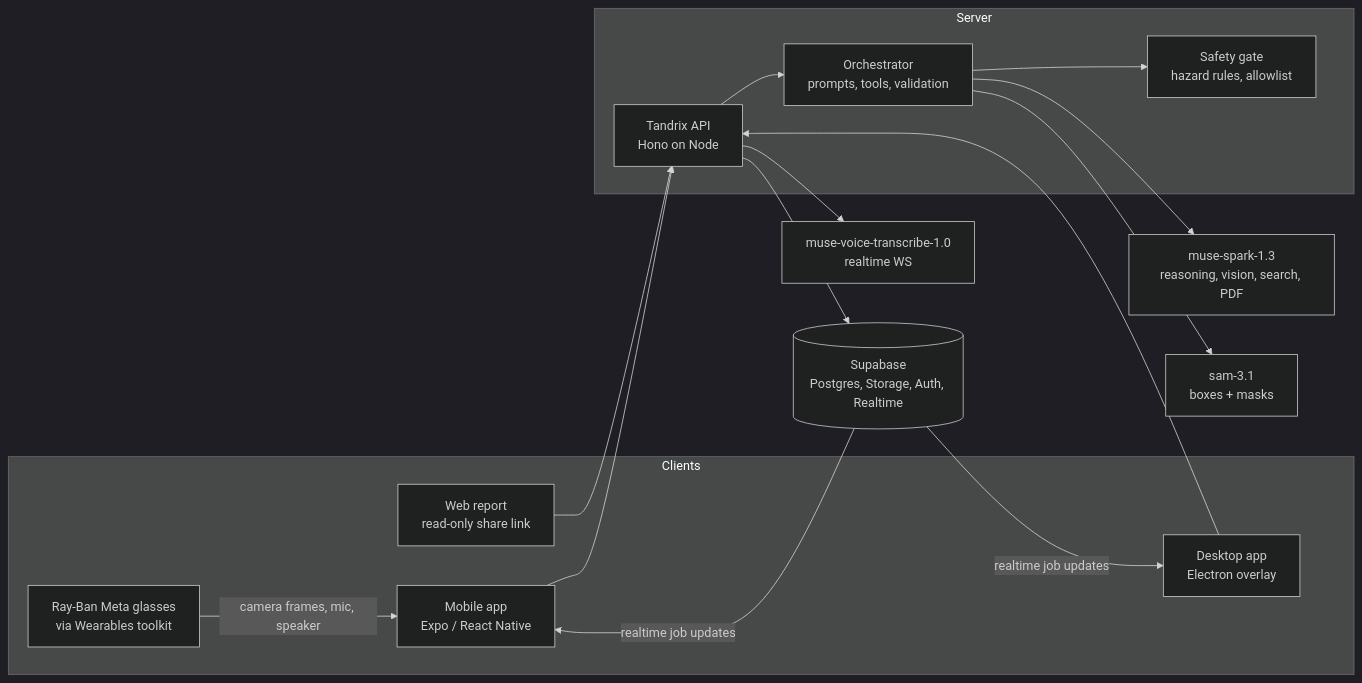
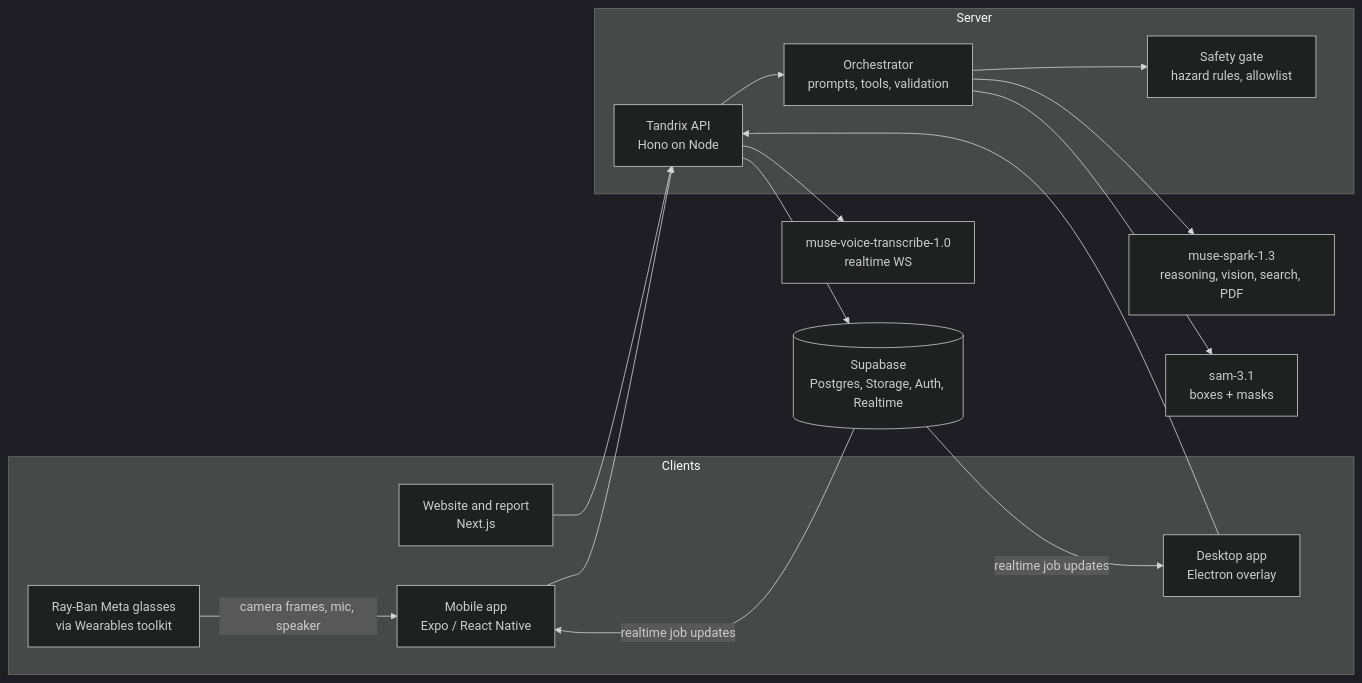
The diagram in docs/engineering/Architecture.md (ahmaddev-codex/tandrix), drawn with Mermaid (dark theme) before and after one commit. The commit also changed other lines of this file and 13 other files, not shown here.

First line of the commit message:
docs: current product, architecture and task list

````diff
--- a/docs/engineering/Architecture.md
+++ b/docs/engineering/Architecture.md
@@ -8,25 +9,25 @@
 ```mermaid
 flowchart LR
   subgraph Clients
     M[Mobile app<br/>Expo / React Native]
     G[Ray-Ban Meta glasses<br/>via Wearables toolkit]
     D[Desktop app<br/>Electron overlay]
-    W[Web report<br/>read-only share link]
+    W[Website and report<br/>Next.js]
   end
   G -- camera frames, mic, speaker --> M
   M --> API
   D --> API
   W --> API
   subgraph Server
     API[Tandrix API<br/>Hono on Node]
     O[Orchestrator<br/>prompts, tools, validation]
     S[Safety gate<br/>hazard rules, allowlist]
   end
   API --> O --> S
   O --> SPARK[muse-spark-1.3<br/>reasoning, vision, search, PDF]
   O --> SAM[sam-3.1<br/>boxes + masks]
   API --> ASR[muse-voice-transcribe-1.0<br/>realtime WS]
   API --> DB[(Supabase<br/>Postgres, Storage, Auth, Realtime)]
   DB -- realtime job updates --> M
   DB -- realtime job updates --> D
 ```
````
